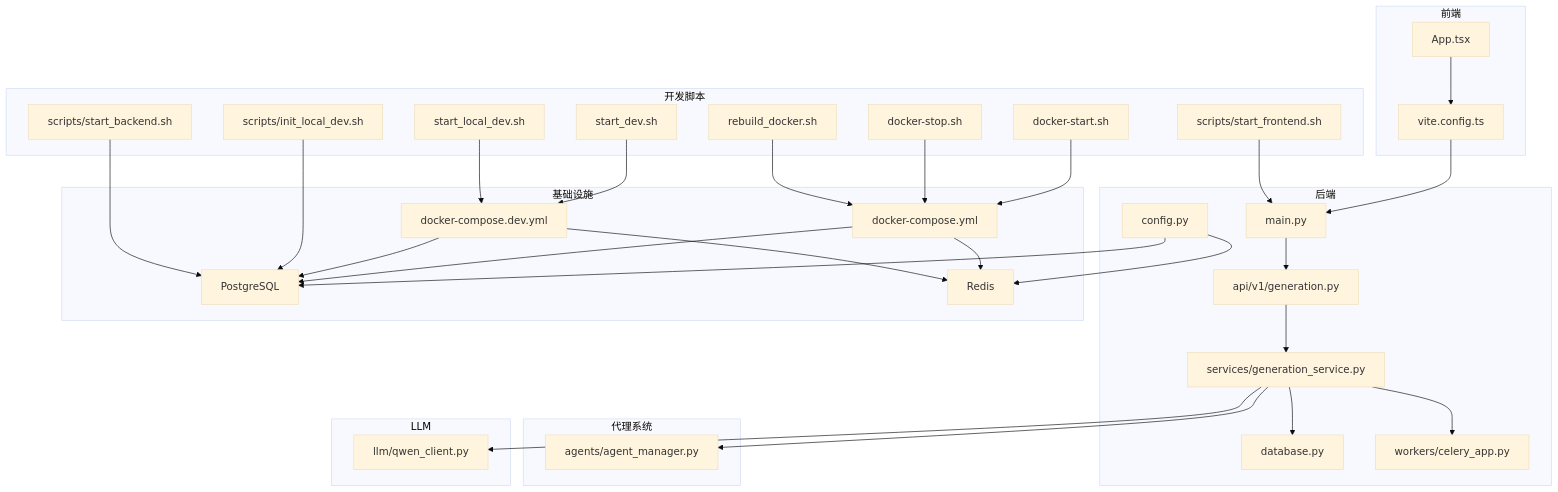
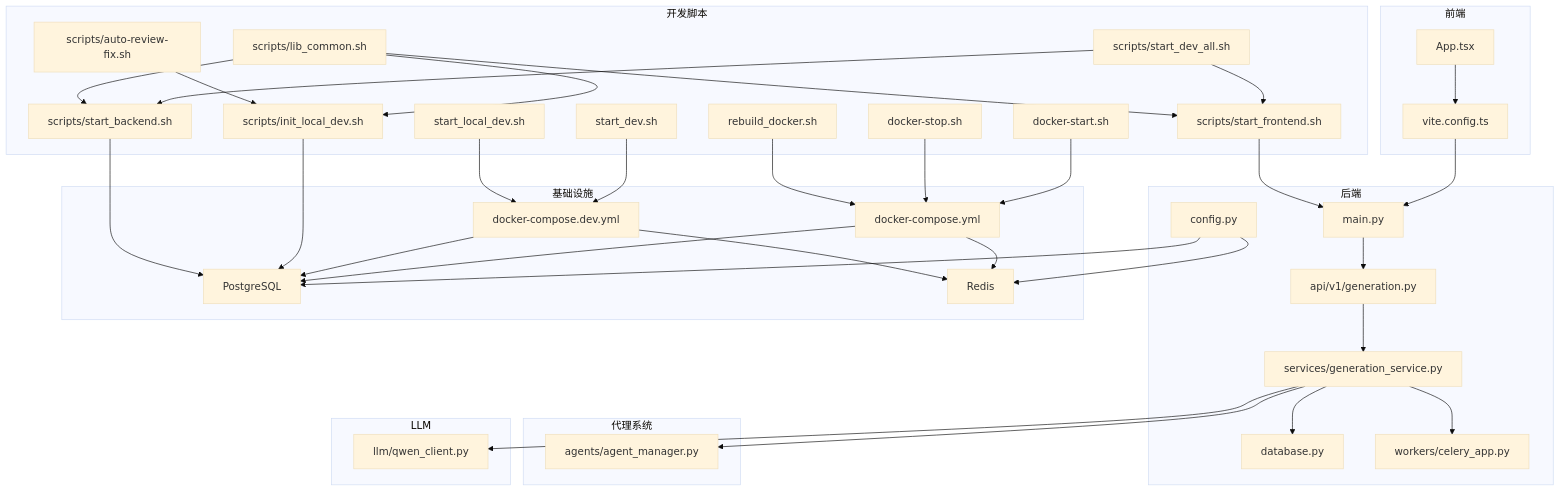
Before and after one commit to xfbyxq/ai-novel-system: the first of 4 diagrams in .qoder/repowiki/zh/content/开发者指南/开发者指南.md, drawn with Mermaid (base theme). The commit also changed other lines of this file and 12 other files, not shown here.

````diff
--- a/.qoder/repowiki/zh/content/开发者指南/开发者指南.md
+++ b/.qoder/repowiki/zh/content/开发者指南/开发者指南.md
@@ -64,59 +68,68 @@
 ```mermaid
 graph TB
 subgraph "前端"
 FE_App["App.tsx"]
 FE_Vite["vite.config.ts"]
 end
 subgraph "后端"
 BE_Main["main.py"]
 BE_Config["config.py"]
 BE_DB["database.py"]
 BE_API_Gen["api/v1/generation.py"]
 BE_Svc_Gen["services/generation_service.py"]
 BE_Celery["workers/celery_app.py"]
 end
 subgraph "代理系统"
 AG_Manager["agents/agent_manager.py"]
 end
 subgraph "LLM"
 LLM_Qwen["llm/qwen_client.py"]
 end
 subgraph "基础设施"
 DB["PostgreSQL"]
 REDIS["Redis"]
 DC["docker-compose.yml"]
 DEV_DC["docker-compose.dev.yml"]
 end
 subgraph "开发脚本"
 START_DEV["start_dev.sh"]
 START_LOCAL["start_local_dev.sh"]
 INIT_DEV["scripts/init_local_dev.sh"]
 START_BACKEND["scripts/start_backend.sh"]
 START_FRONTEND["scripts/start_frontend.sh"]
 DOCKER_START["docker-start.sh"]
 DOCKER_STOP["docker-stop.sh"]
 REBUILD_DOCKER["rebuild_docker.sh"]
+START_DEV_ALL["scripts/start_dev_all.sh"]
+LIB_COMMON["scripts/lib_common.sh"]
+AUTO_REVIEW["scripts/auto-review-fix.sh"]
 end
 FE_App --> FE_Vite
 FE_Vite --> BE_Main
 BE_Main --> BE_API_Gen
 BE_API_Gen --> BE_Svc_Gen
 BE_Svc_Gen --> AG_Manager
 BE_Svc_Gen --> LLM_Qwen
 BE_Svc_Gen --> BE_DB
 BE_Svc_Gen --> BE_Celery
 BE_Config --> DB
 BE_Config --> REDIS
 DC --> DB
 DC --> REDIS
 DEV_DC --> DB
 DEV_DC --> REDIS
 START_DEV --> DEV_DC
 START_LOCAL --> DEV_DC
 INIT_DEV --> DB
 START_BACKEND --> DB
 START_FRONTEND --> BE_Main
 DOCKER_START --> DC
 DOCKER_STOP --> DC
 REBUILD_DOCKER --> DC
+START_DEV_ALL --> START_BACKEND
+START_DEV_ALL --> START_FRONTEND
+LIB_COMMON --> INIT_DEV
+LIB_COMMON --> START_BACKEND
+LIB_COMMON --> START_FRONTEND
+AUTO_REVIEW --> INIT_DEV
 ```
````
